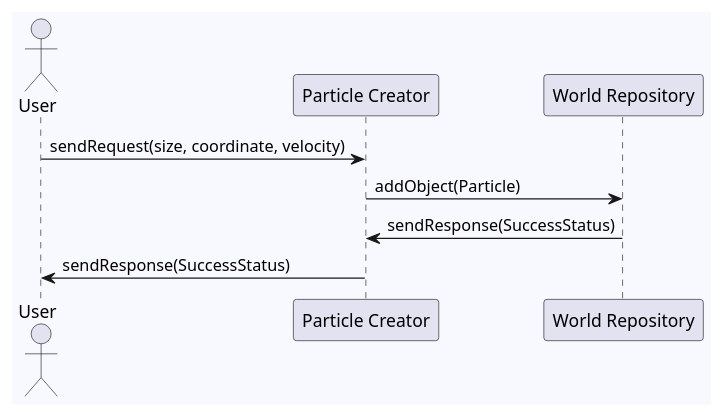
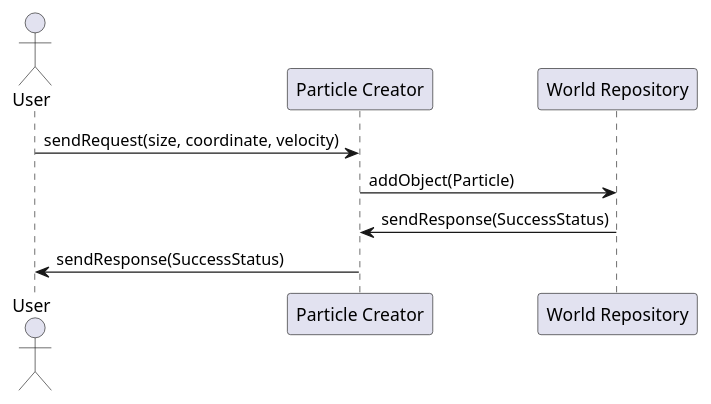
Before and after one commit to hayesHowYaDoin/physics_engine: the diagram in docs/spawn_particle.plantuml, drawn with PlantUML. The commit also changed 3 other files, not shown here.

Commit message:
Created diagrams for motion and collision resolution

```diff
--- a/docs/spawn_particle.plantuml
+++ b/docs/spawn_particle.plantuml
@@ -1,15 +1,12 @@
 @startuml SpawnParticle
-
-' Set background color
-skinparam backgroundColor #F8F8FF
 
 actor User
 participant "Particle Creator" as Creator
 participant "World Repository" as Repository
 
 User -> Creator: sendRequest(size, coordinate, velocity)
 Creator -> Repository: addObject(Particle)
 Repository -> Creator: sendResponse(SuccessStatus)
 Creator -> User: sendResponse(SuccessStatus)
 
 @enduml
```
